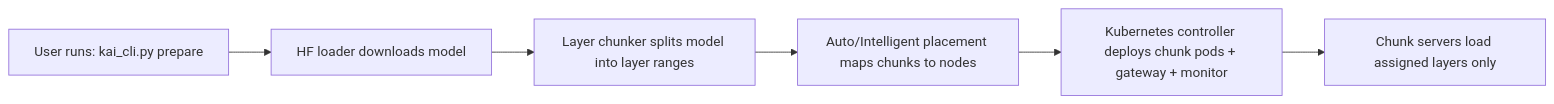
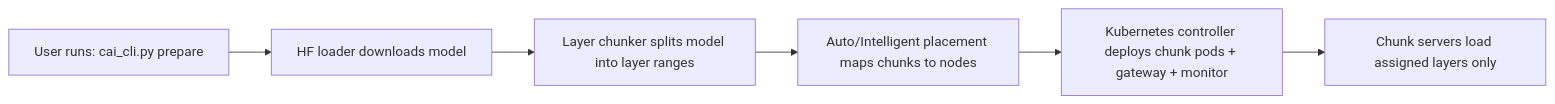
The first of 2 diagrams in docs/multiNodeSetup.md (misbah7172/CAI-ClusterAI-Decentralized-LLM-Inference-using-Distributed-Model-Partitioning), drawn with Mermaid before and after one commit. The commit also changed other lines of this file and 107 other files, not shown here.

````diff
--- a/docs/multiNodeSetup.md
+++ b/docs/multiNodeSetup.md
@@ -553,8 +553,8 @@
 ```mermaid
 flowchart LR
-    A[User runs: kai_cli.py prepare] --> B[HF loader downloads model]
+    A[User runs: cai_cli.py prepare] --> B[HF loader downloads model]
     B --> C[Layer chunker splits model into layer ranges]
     C --> D[Auto/Intelligent placement maps chunks to nodes]
     D --> E[Kubernetes controller deploys chunk pods + gateway + monitor]
     E --> F[Chunk servers load assigned layers only]
 ```
````
